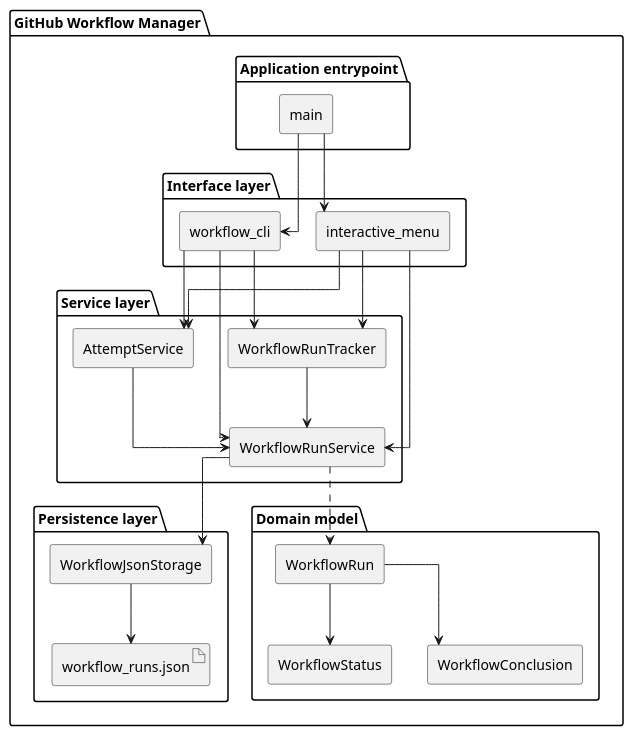
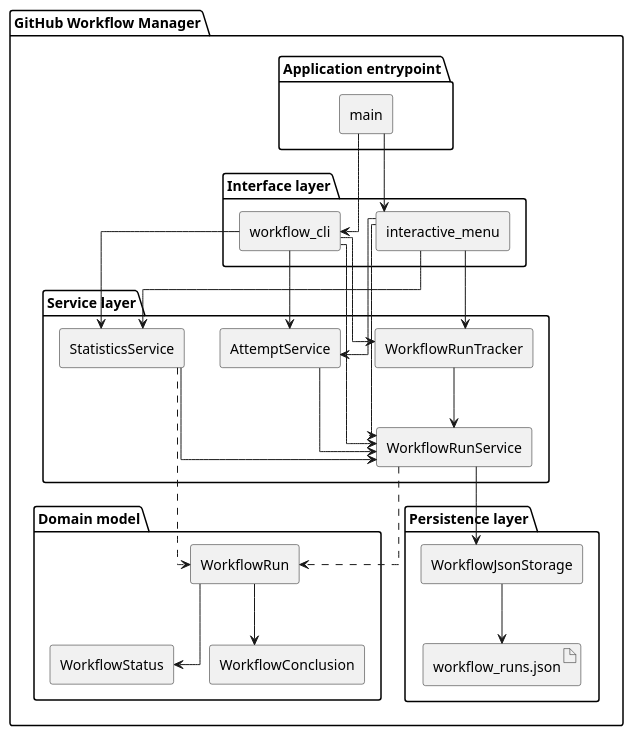
One commit to DanielRiha8906/Software_autoevolution_using_agents changed the diagram in experiments/supervisor_as_tools/user_stories/github-workflow-manager/artifacts/component_diagram.puml. Above: the diagram before and after it, drawn with PlantUML. The commit also changed 10 other files, not shown here.

```diff
--- a/experiments/supervisor_as_tools/user_stories/github-workflow-manager/artifacts/component_diagram.puml
+++ b/experiments/supervisor_as_tools/user_stories/github-workflow-manager/artifacts/component_diagram.puml
@@ -1,57 +1,63 @@
 @startuml component_diagram
 
 skinparam componentStyle rectangle
 skinparam linetype ortho
 top to bottom direction
 
 package "GitHub Workflow Manager" {
 
   package "Application entrypoint" {
     component "main" as MAIN
   }
 
   package "Interface layer" {
     component "workflow_cli" as CLI
     component "interactive_menu" as IM
   }
 
   package "Service layer" {
     component "WorkflowRunTracker" as TRACKER
     component "WorkflowRunService" as SVC
     component "AttemptService" as ATTEMPT
+    component "StatisticsService" as STATS
   }
 
   package "Persistence layer" {
     component "WorkflowJsonStorage" as STOR
     artifact "workflow_runs.json" as JSON_FILE
   }
 
   package "Domain model" {
     component "WorkflowRun" as RUN
     component "WorkflowStatus" as STATUS
     component "WorkflowConclusion" as CONCLUSION
   }
 }
 
 MAIN --> CLI
 MAIN --> IM
 
 CLI --> TRACKER
 IM --> TRACKER
 
 CLI --> SVC
 IM --> SVC
 
 CLI --> ATTEMPT
 IM --> ATTEMPT
 
+CLI --> STATS
+IM --> STATS
+
 TRACKER --> SVC
 ATTEMPT --> SVC
+STATS --> SVC
 SVC --> STOR
 STOR --> JSON_FILE
 
 SVC ..> RUN
 RUN --> STATUS
 RUN --> CONCLUSION
+STATS ..> RUN
 
 @enduml
```
